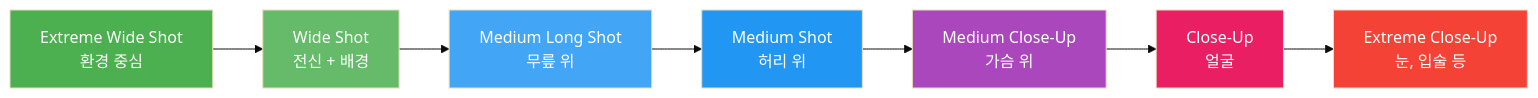
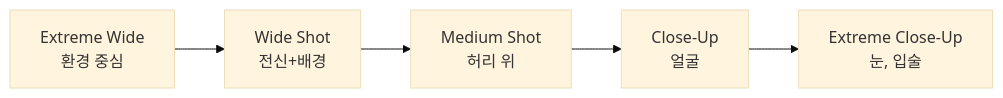
One commit to jsonpassion/forge-tutorial-promptcanvas changed the first of 2 diagrams in 02-ch2-프롬프트-구조-마스터/03-03-구도와-앵글-시선을-이끄는-프레이밍.md. Above: the diagram before and after it, drawn with Mermaid (base theme). The commit also changed other lines of this file and 12 other files, not shown here.

````diff
--- a/02-ch2-프롬프트-구조-마스터/03-03-구도와-앵글-시선을-이끄는-프레이밍.md
+++ b/02-ch2-프롬프트-구조-마스터/03-03-구도와-앵글-시선을-이끄는-프레이밍.md
@@ -81,17 +76,7 @@
 ```mermaid
 flowchart LR
-    EWS["Extreme Wide Shot<br/>환경 중심"] --> WS["Wide Shot<br/>전신 + 배경"]
-    WS --> MLS["Medium Long Shot<br/>무릎 위"]
-    MLS --> MS["Medium Shot<br/>허리 위"]
-    MS --> MCU["Medium Close-Up<br/>가슴 위"]
-    MCU --> CU["Close-Up<br/>얼굴"]
-    CU --> ECU["Extreme Close-Up<br/>눈, 입술 등"]
-
-    style EWS fill:#4CAF50,color:#fff
-    style WS fill:#66BB6A,color:#fff
-    style MLS fill:#42A5F5,color:#fff
-    style MS fill:#2196F3,color:#fff
-    style MCU fill:#AB47BC,color:#fff
-    style CU fill:#E91E63,color:#fff
-    style ECU fill:#F44336,color:#fff
+    EWS["Extreme Wide<br/>환경 중심"] --> WS["Wide Shot<br/>전신+배경"]
+    WS --> MS["Medium Shot<br/>허리 위"]
+    MS --> CU["Close-Up<br/>얼굴"]
+    CU --> ECU["Extreme Close-Up<br/>눈, 입술"]
 ```
````
